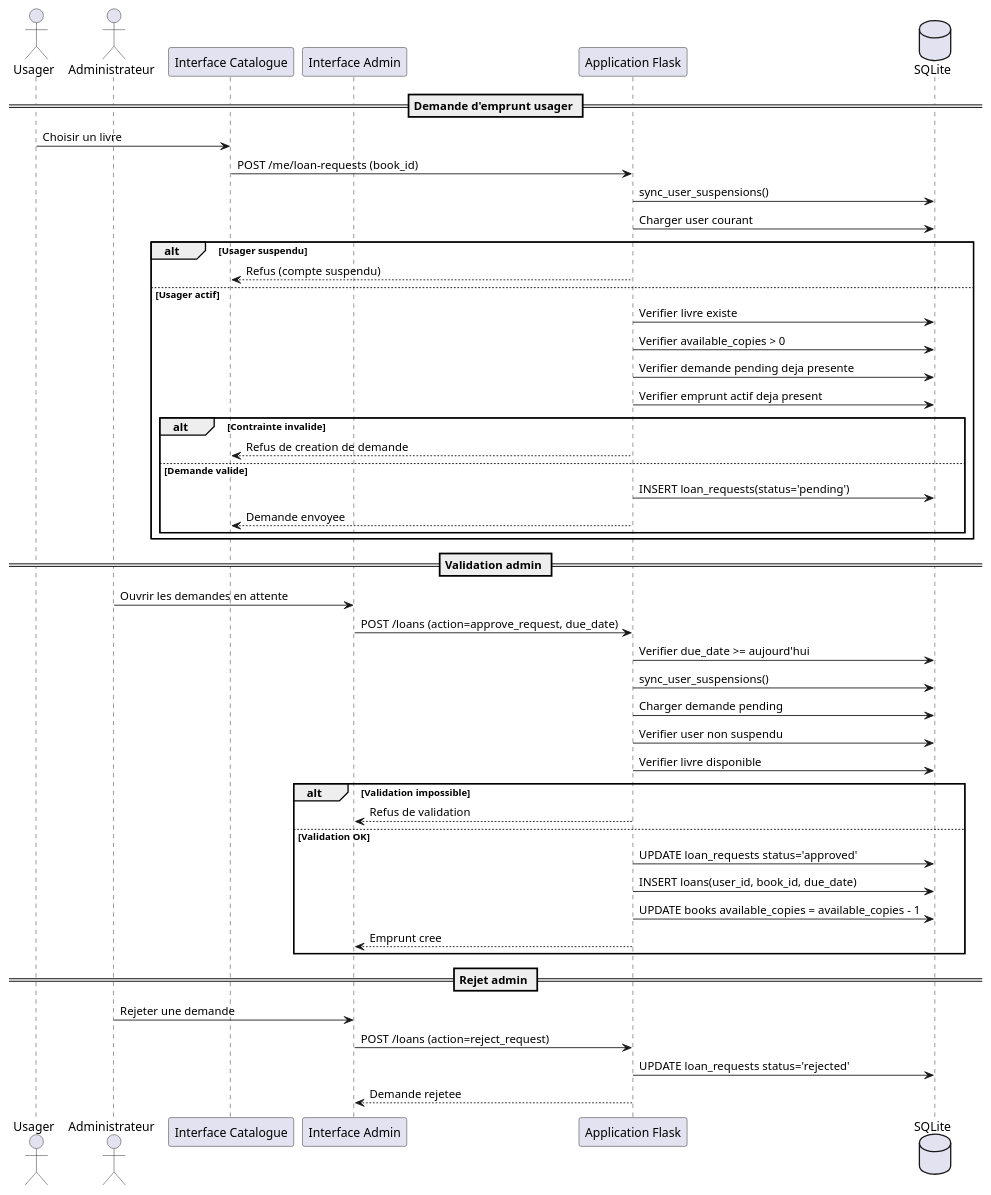
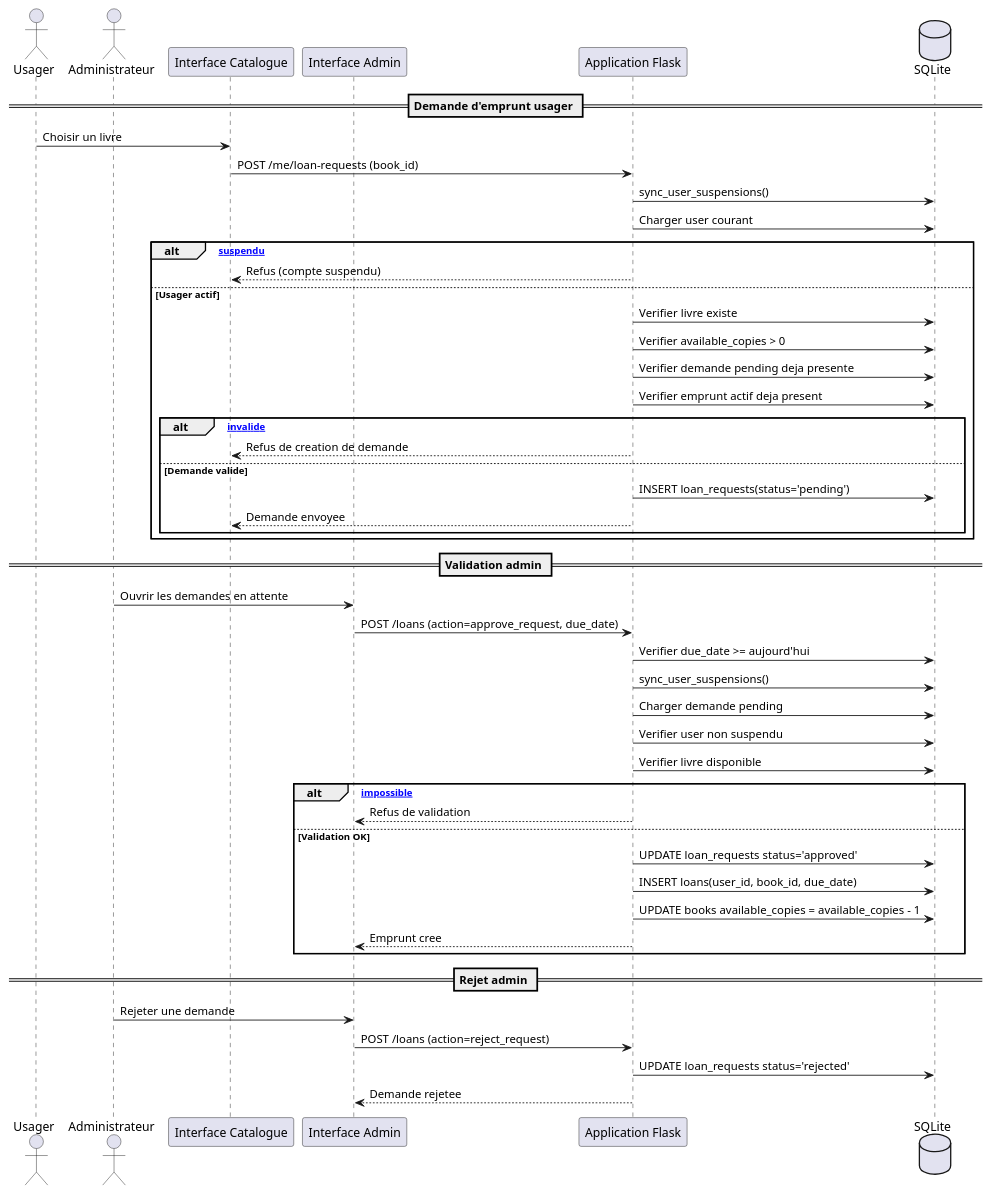
The diagram in diagrams/sequence_emprunt.puml (JunRoot29/Gestion-d-une-Bibliotheque), drawn with PlantUML before and after one commit. The commit also changed 23 other files, not shown here.

Commit message:
Mise à jour des diagrammes, Ajout d'image t du powerpoint

```diff
--- a/diagrams/sequence_emprunt.puml
+++ b/diagrams/sequence_emprunt.puml
@@ -1,54 +1,54 @@
 @startuml
 actor "Usager" as U
 actor "Administrateur" as A
 participant "Interface Catalogue" as UUI
 participant "Interface Admin" as AUI
 participant "Application Flask" as APP
 database "SQLite" as DB
 
 == Demande d'emprunt usager ==
 U -> UUI : Choisir un livre
 UUI -> APP : POST /me/loan-requests (book_id)
 APP -> DB : sync_user_suspensions()
 APP -> DB : Charger user courant
 
-alt Usager suspendu
+alt [Usager suspendu]
   APP --> UUI : Refus (compte suspendu)
 else Usager actif
   APP -> DB : Verifier livre existe
   APP -> DB : Verifier available_copies > 0
   APP -> DB : Verifier demande pending deja presente
   APP -> DB : Verifier emprunt actif deja present
 
-  alt Contrainte invalide
+  alt [Contrainte invalide]
     APP --> UUI : Refus de creation de demande
   else Demande valide
     APP -> DB : INSERT loan_requests(status='pending')
     APP --> UUI : Demande envoyee
   end
 end
 
 == Validation admin ==
 A -> AUI : Ouvrir les demandes en attente
 AUI -> APP : POST /loans (action=approve_request, due_date)
 APP -> DB : Verifier due_date >= aujourd'hui
 APP -> DB : sync_user_suspensions()
 APP -> DB : Charger demande pending
 APP -> DB : Verifier user non suspendu
 APP -> DB : Verifier livre disponible
 
-alt Validation impossible
+alt [Validation impossible]
   APP --> AUI : Refus de validation
 else Validation OK
   APP -> DB : UPDATE loan_requests status='approved'
   APP -> DB : INSERT loans(user_id, book_id, due_date)
   APP -> DB : UPDATE books available_copies = available_copies - 1
   APP --> AUI : Emprunt cree
 end
 
 == Rejet admin ==
 A -> AUI : Rejeter une demande
 AUI -> APP : POST /loans (action=reject_request)
 APP -> DB : UPDATE loan_requests status='rejected'
 APP --> AUI : Demande rejetee
 @enduml
```
